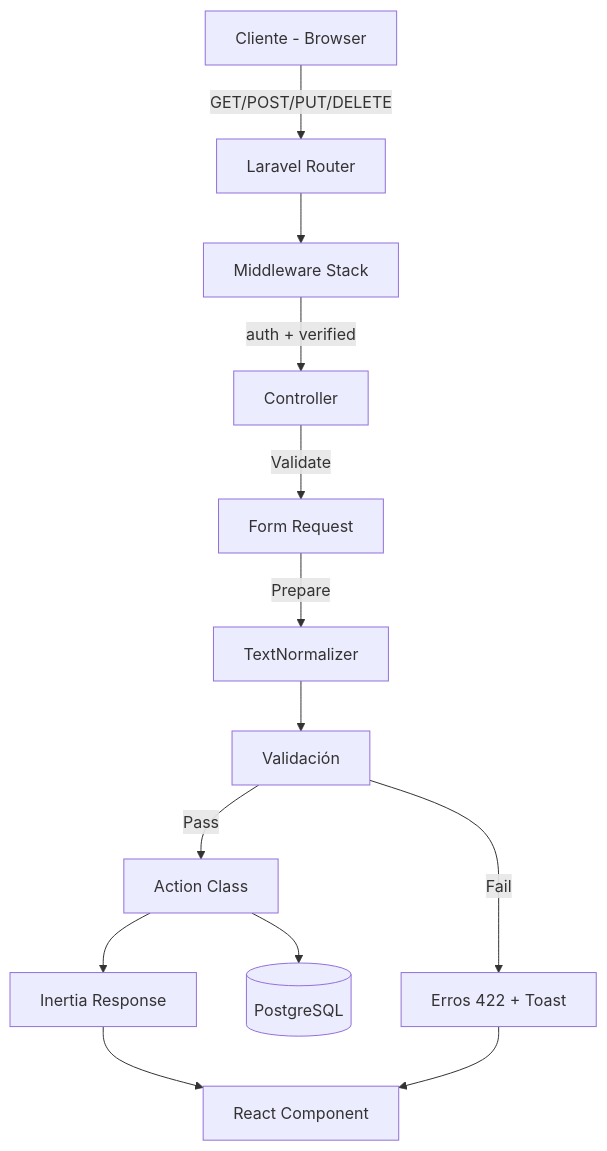
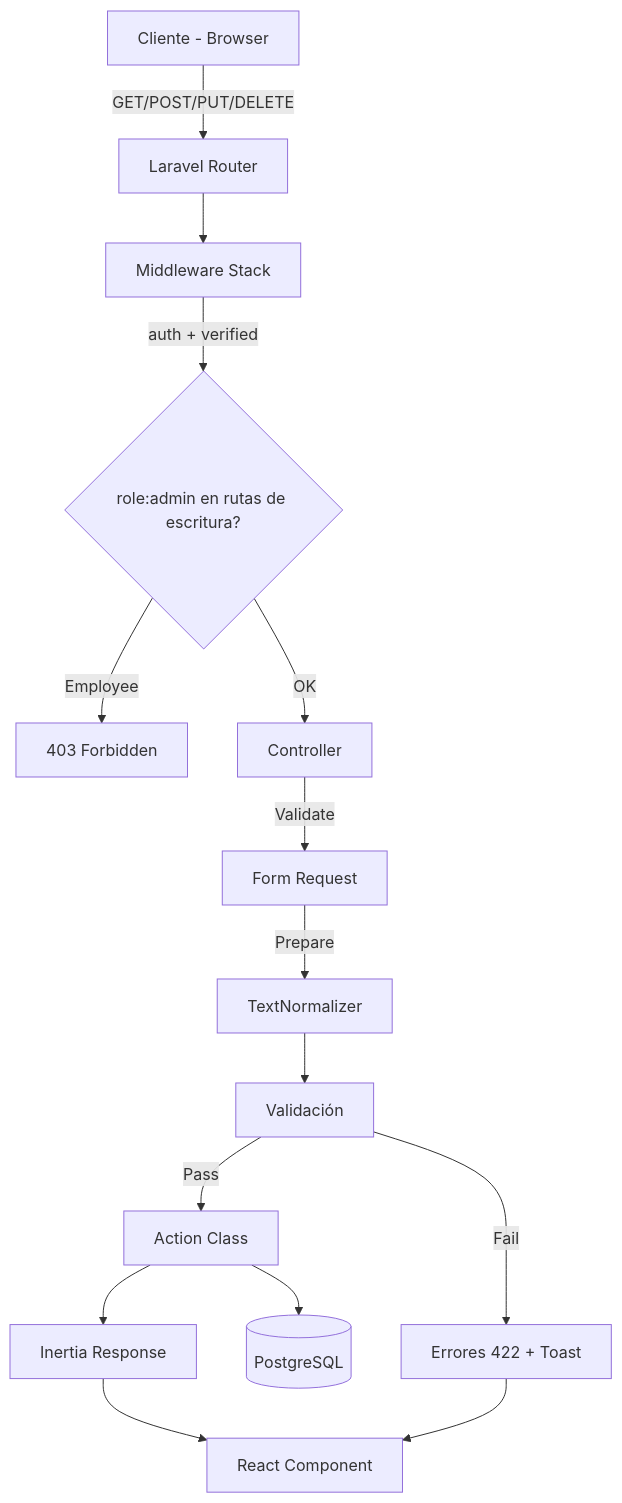
One commit to Enrrill/Inventario-Crud changed the diagram in docs/04-api-rutas.md. Above: the diagram before and after it, drawn with Mermaid. The commit also changed other lines of this file and 15 other files, not shown here.

````diff
--- a/docs/04-api-rutas.md
+++ b/docs/04-api-rutas.md
@@ -9,15 +9,17 @@
 ```mermaid
 flowchart TD
     Client[Cliente - Browser] -->|GET/POST/PUT/DELETE| Route[Laravel Router]
     Route --> Middleware[Middleware Stack]
-    Middleware -->|auth + verified| Controller[Controller]
+    Middleware -->|auth + verified| RoleGate{role:admin en rutas de escritura?}
+    RoleGate -->|Employee| Forbidden[403 Forbidden]
+    RoleGate -->|OK| Controller[Controller]
     Controller -->|Validate| FormRequest[Form Request]
     FormRequest -->|Prepare| Normalize[TextNormalizer]
     Normalize --> Validate2[Validación]
     Validate2 -->|Pass| Action[Action Class]
-    Validate2 -->|Fail| Errors[Erros 422 + Toast]
+    Validate2 -->|Fail| Errors[Errores 422 + Toast]
     Action --> DB[(PostgreSQL)]
     Action --> Response[Inertia Response]
     Response --> React[React Component]
     Errors --> React
 ```
````
